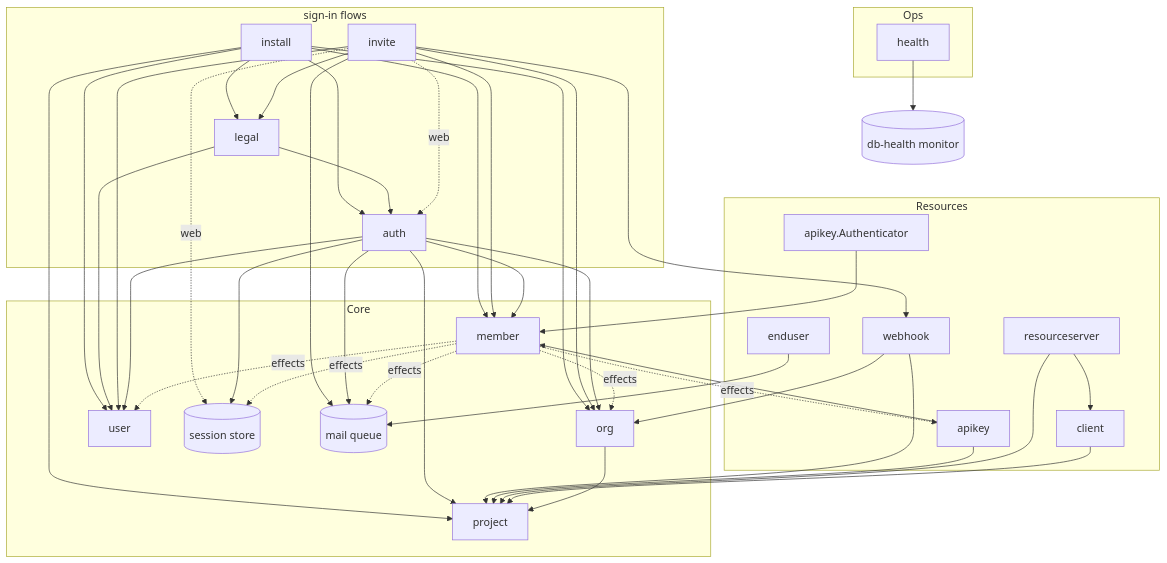
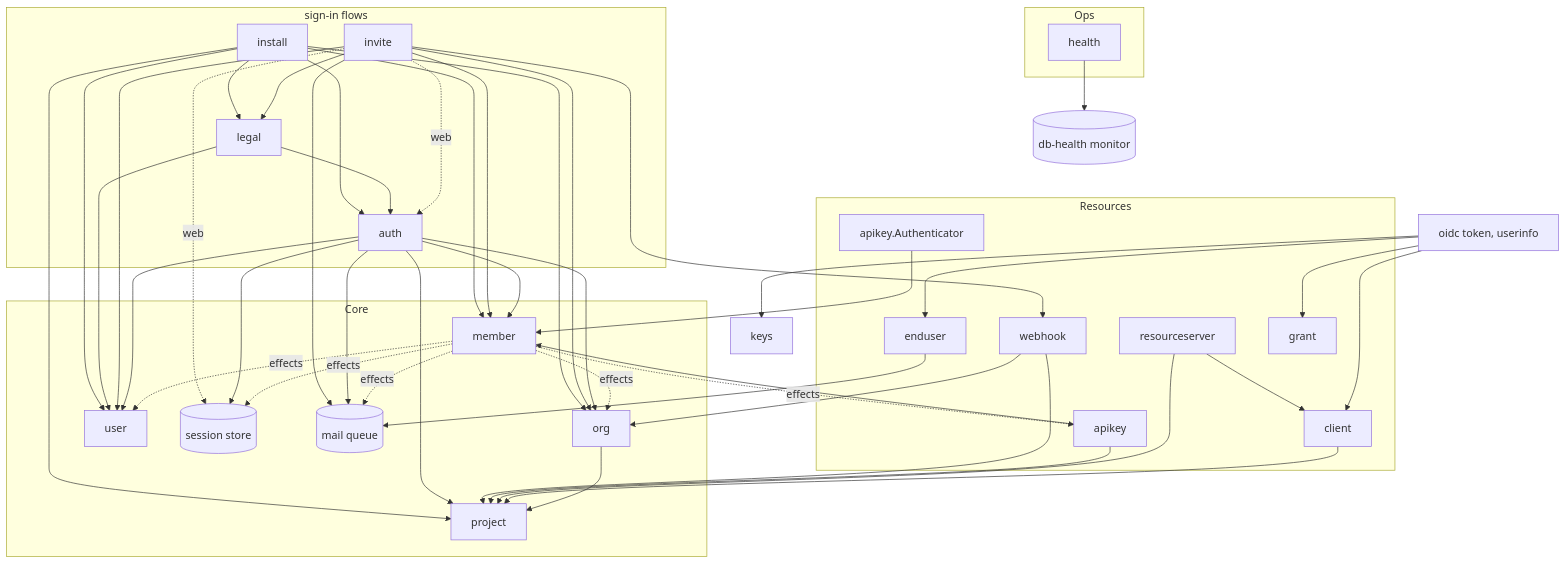
The third of 3 diagrams in internal/boot/README.md (altalune-id/othra), drawn with Mermaid before and after one commit. The commit also changed other lines of this file and 142 other files, not shown here.

Commit message:
feat(oauth): serve authorize, token, userinfo and end-session with rotating refresh families

````diff
--- a/internal/boot/README.md
+++ b/internal/boot/README.md
@@ -124,47 +124,49 @@
 ```mermaid
 flowchart TD
     subgraph Flows["sign-in flows"]
         install
         legal
         auth
         invite
     end
     subgraph Ops
         health
     end
     subgraph Resources
         webhook
         apikey
         keyAuthn["apikey.Authenticator"]
         resourceserver
         client
         enduser
+        grant
     end
     subgraph Core
         org
         project
         member
         user
         sessions[(session store)]
         mailqueue[(mail queue)]
     end
 
     install --> auth
     legal --> auth
     install --> user & org & member & project & legal
     legal --> user
     invite --> member & user & org & mailqueue & webhook & legal
     invite -. web .-> auth & sessions
     auth --> user & member & org & project & sessions & mailqueue
 
     webhook --> project & org
     apikey --> project & member
     keyAuthn --> member
     resourceserver --> project & client
     client --> project
     enduser --> mailqueue
+    tokens["oidc token, userinfo"] --> client & grant & enduser & keys
     member -. effects .-> sessions & apikey & user & org & mailqueue
     health --> dbh[(db-health monitor)]
 
     org --> project
 ```
````
